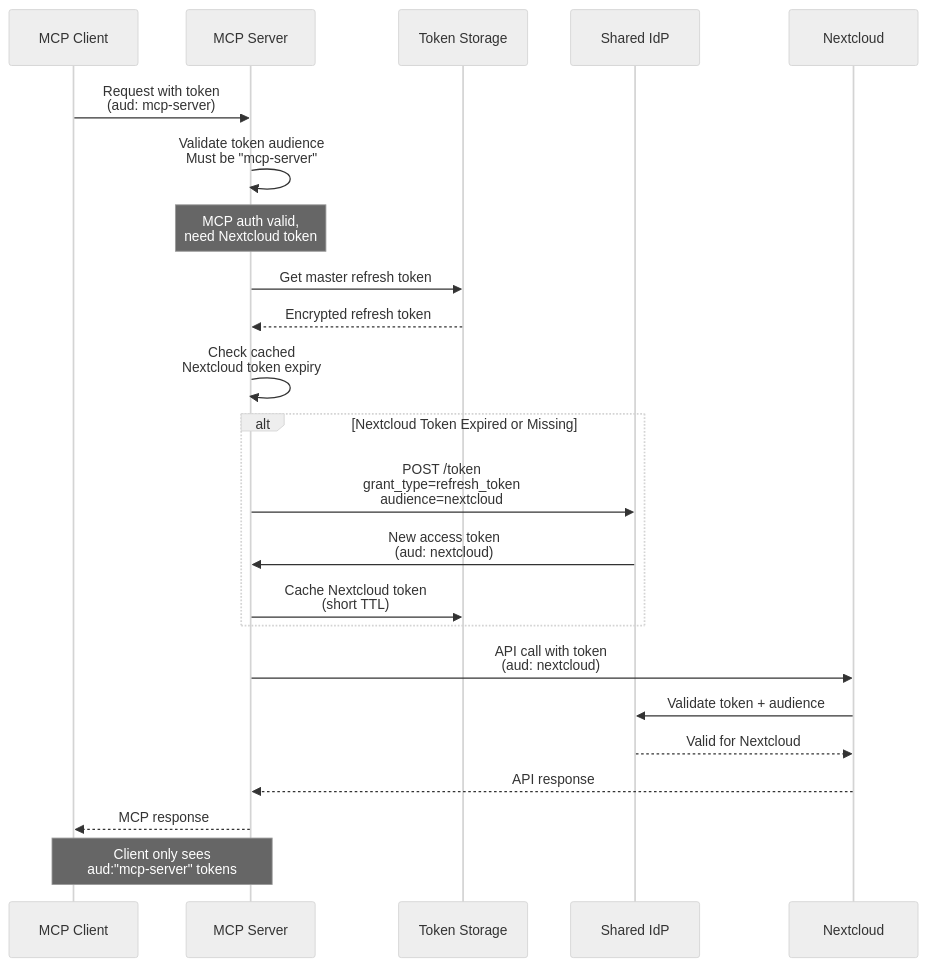
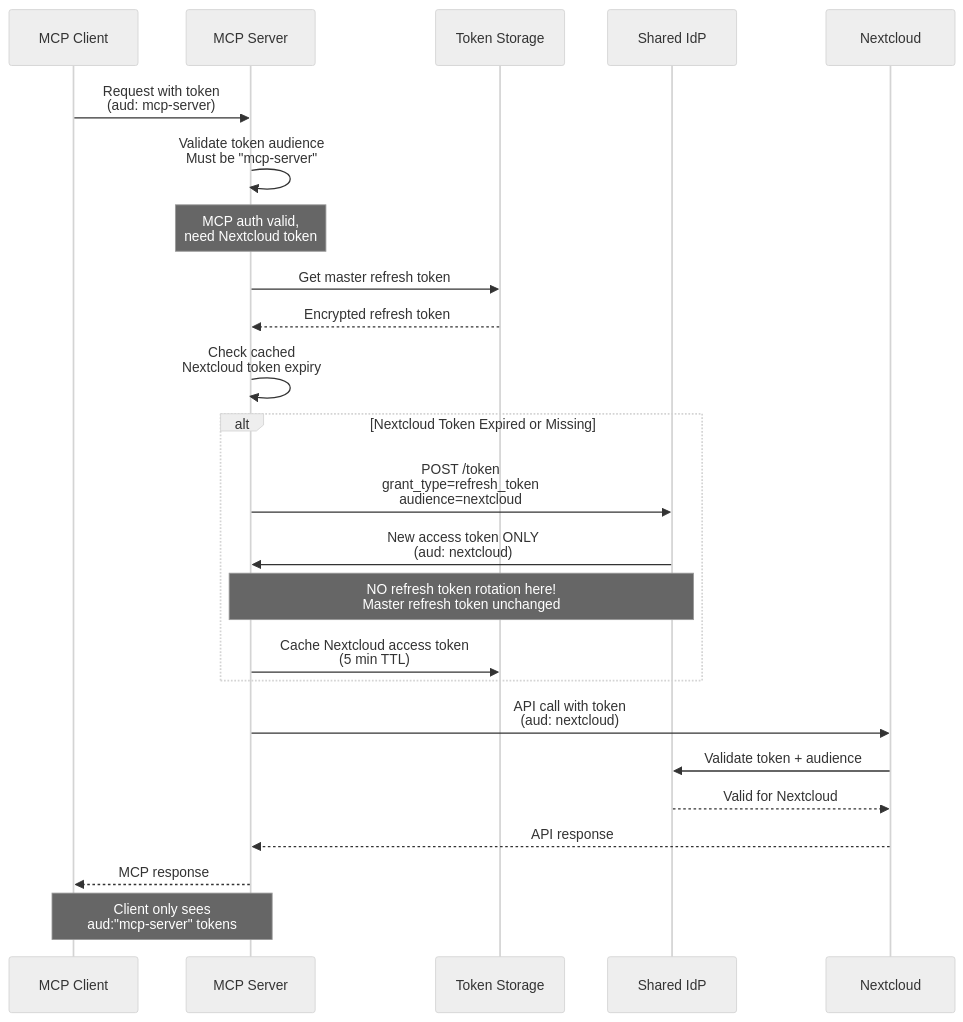
One commit to cbcoutinho/nextcloud-mcp-server changed the second of 3 diagrams in docs/ADR-004-mcp-application-oauth.md. Above: the diagram before and after it, drawn with Mermaid (neutral theme). The commit also changed other lines of this file, not shown here.

Commit message:
docs: WIP with Hybrid token

````diff
--- a/docs/ADR-004-mcp-application-oauth.md
+++ b/docs/ADR-004-mcp-application-oauth.md
@@ -178,32 +192,33 @@
 ```mermaid
 sequenceDiagram
     participant MCPClient as MCP Client
     participant MCPServer as MCP Server
     participant TokenStore as Token Storage
     participant IdP as Shared IdP
     participant Nextcloud
 
     MCPClient->>MCPServer: Request with token<br/>(aud: mcp-server)
     MCPServer->>MCPServer: Validate token audience<br/>Must be "mcp-server"
 
     Note over MCPServer: MCP auth valid,<br/>need Nextcloud token
 
     MCPServer->>TokenStore: Get master refresh token
     TokenStore-->>MCPServer: Encrypted refresh token
 
     MCPServer->>MCPServer: Check cached<br/>Nextcloud token expiry
 
     alt Nextcloud Token Expired or Missing
         MCPServer->>IdP: POST /token<br/>grant_type=refresh_token<br/>audience=nextcloud
-        IdP->>MCPServer: New access token<br/>(aud: nextcloud)
-        MCPServer->>TokenStore: Cache Nextcloud token<br/>(short TTL)
+        IdP->>MCPServer: New access token ONLY<br/>(aud: nextcloud)
+        Note over IdP,MCPServer: NO refresh token rotation here!<br/>Master refresh token unchanged
+        MCPServer->>TokenStore: Cache Nextcloud access token<br/>(5 min TTL)
     end
 
     MCPServer->>Nextcloud: API call with token<br/>(aud: nextcloud)
     Nextcloud->>IdP: Validate token + audience
     IdP-->>Nextcloud: Valid for Nextcloud
     Nextcloud-->>MCPServer: API response
     MCPServer-->>MCPClient: MCP response
 
     Note over MCPClient,MCPServer: Client only sees<br/>aud:"mcp-server" tokens
 ```
````
